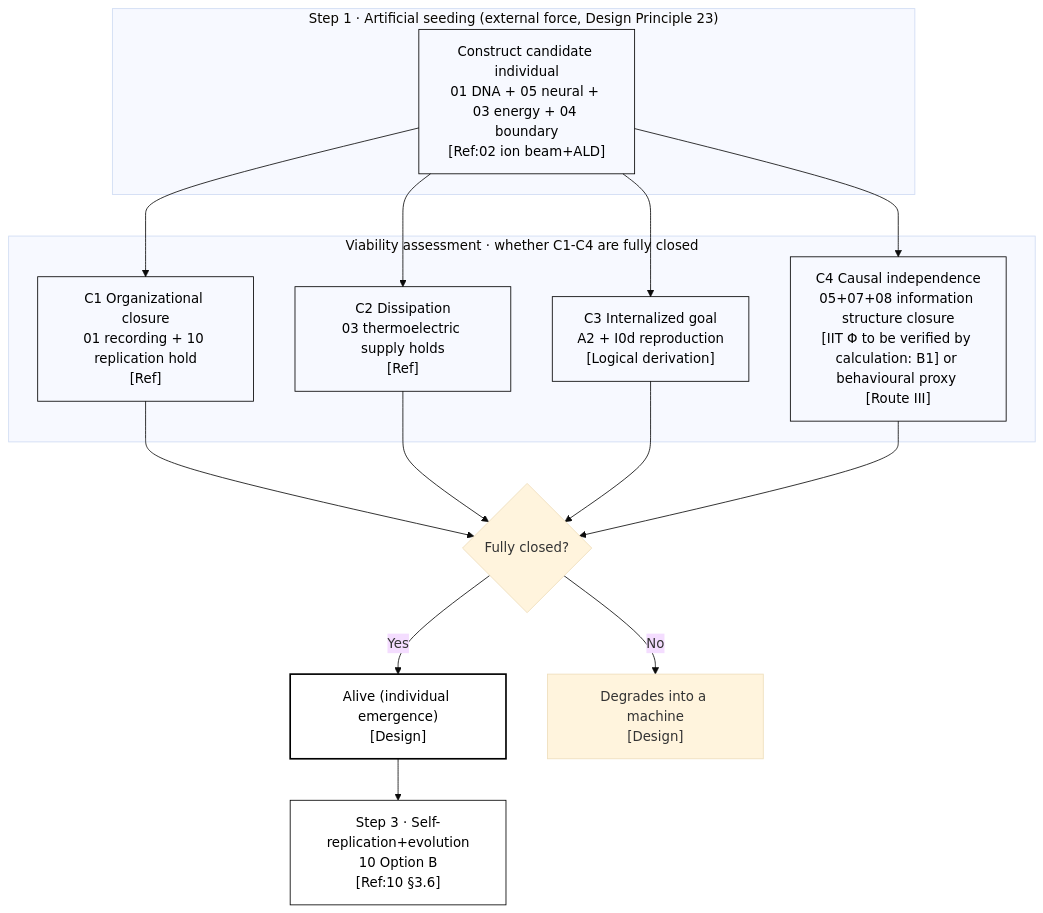
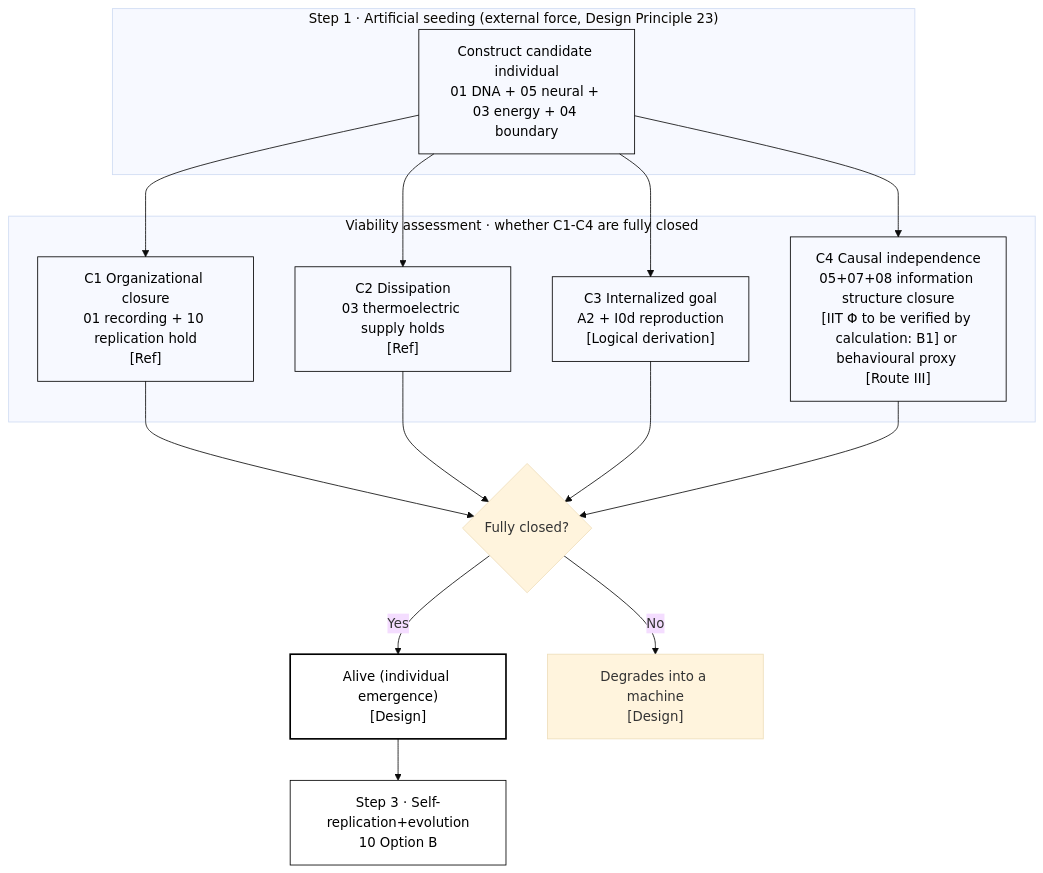
The first of 2 diagrams in en-US/04-Boundary-and-Individuality.md (RichardASimon/Silicon-Biological-Blueprint), drawn with Mermaid (base theme) before and after one commit. The commit also changed other lines of this file and 23 other files, not shown here.

First line of the commit message:
docs: improve report formatting, table balance and diagram captions

````diff
--- a/en-US/04-Boundary-and-Individuality.md
+++ b/en-US/04-Boundary-and-Individuality.md
@@ -138,29 +160,29 @@
 ```mermaid
 flowchart TB
     subgraph SEED["Step 1 · Artificial seeding (external force, Design Principle 23)"]
-        SD["Construct candidate individual<br/>01 DNA + 05 neural + 03 energy + 04 boundary<br/>[Ref:02 ion beam+ALD]"]
+        SD["Construct candidate individual<br/>01 DNA + 05 neural + 03 energy + 04 boundary<br/>"]
     end
 
     subgraph CHECK["Viability assessment · whether C1-C4 are fully closed"]
         C1["C1 Organizational closure<br/>01 recording + 10 replication hold<br/>[Ref]"]
         C2["C2 Dissipation<br/>03 thermoelectric supply holds<br/>[Ref]"]
         C3["C3 Internalized goal<br/>A2 + I0d reproduction<br/>[Logical derivation]"]
         C4["C4 Causal independence<br/>05+07+08 information structure closure<br/>[IIT Φ to be verified by calculation: B1] or behavioural proxy [Route III]"]
     end
 
     SD --> C1
     SD --> C2
     SD --> C3
     SD --> C4
 
     C1 & C2 & C3 & C4 --> V{"Fully closed?"}
     V -->|Yes| LIVE["Alive (individual emergence)<br/>[Design]"]
     V -->|No| MACH["Degrades into a machine<br/>[Design]"]
 
-    LIVE --> REPRO["Step 3 · Self-replication+evolution<br/>10 Option B<br/>[Ref:10 §3.6]"]
+    LIVE --> REPRO["Step 3 · Self-replication+evolution<br/>10 Option B<br/>"]
 
     classDef box fill:transparent,stroke:currentColor,color:currentColor
     classDef ok fill:transparent,stroke:currentColor,stroke-width:2px,color:currentColor
     class SD,C1,C2,C3,C4,REPRO box
     class LIVE ok
 ```
````
